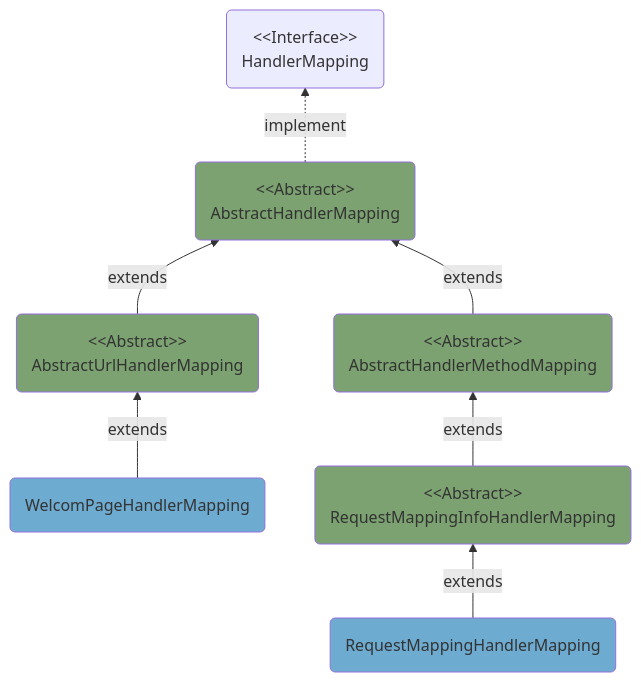
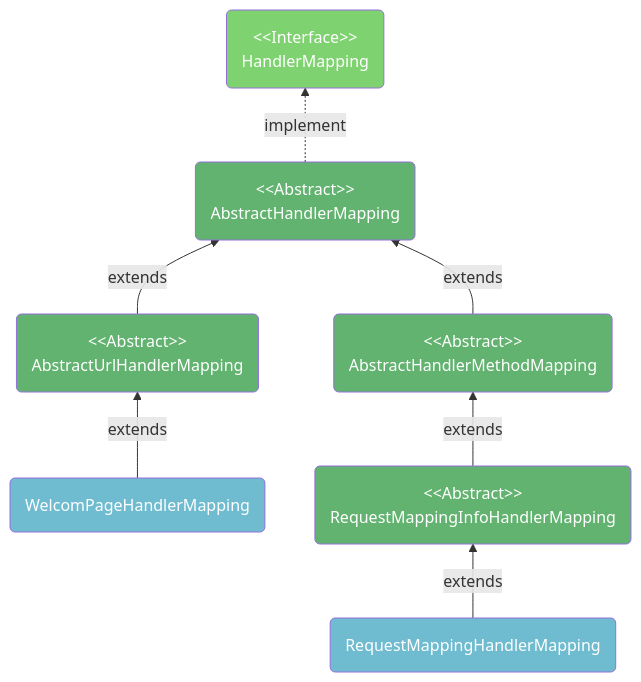
Before and after one commit to domeniczz/learnJavaDev: the eighth of 42 diagrams in DevTech/Spring.md, drawn with Mermaid. The commit also changed other lines of this file and 6 other files, not shown here.

````diff
--- a/DevTech/Spring.md
+++ b/DevTech/Spring.md
@@ -5976,8 +6075,9 @@
 ```mermaid
 flowchart BT
-  A("&lt;&lt;Abstract&gt;&gt;<br/>AbstractHandlerMapping"):::aclass -."implement".-> I("&lt;&lt;Interface&gt;&gt;<br/>HandlerMapping") 
+  A("&lt;&lt;Abstract&gt;&gt;<br/>AbstractHandlerMapping"):::aclass -."implement".-> I("&lt;&lt;Interface&gt;&gt;<br/>HandlerMapping"):::iclass
   D("WelcomPageHandlerMapping"):::sclass --"extends"--> B("&lt;&lt;Abstract&gt;&gt;<br/>AbstractUrlHandlerMapping"):::aclass --"extends"--> A
   F("RequestMappingHandlerMapping"):::sclass --"extends"--> E("&lt;&lt;Abstract&gt;&gt;<br/>RequestMappingInfoHandlerMapping"):::aclass --"extends"--> C("&lt;&lt;Abstract&gt;&gt;<br/>AbstractHandlerMethodMapping"):::aclass --"extends"--> A
-  classDef sclass fill:#6eabd0;
-  classDef aclass fill:#7BA270;
+  classDef sclass fill:#6FBBD0,color:white;
+  classDef iclass fill:#7FD270,color:white;
+  classDef aclass fill:#62B270,color:white;
 ```
````
